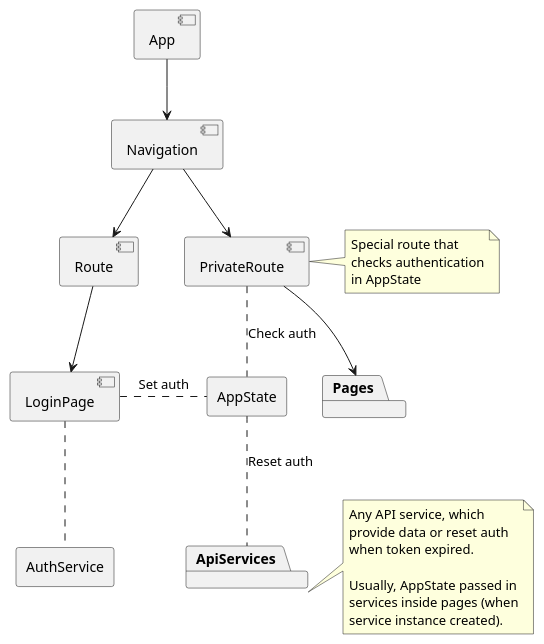
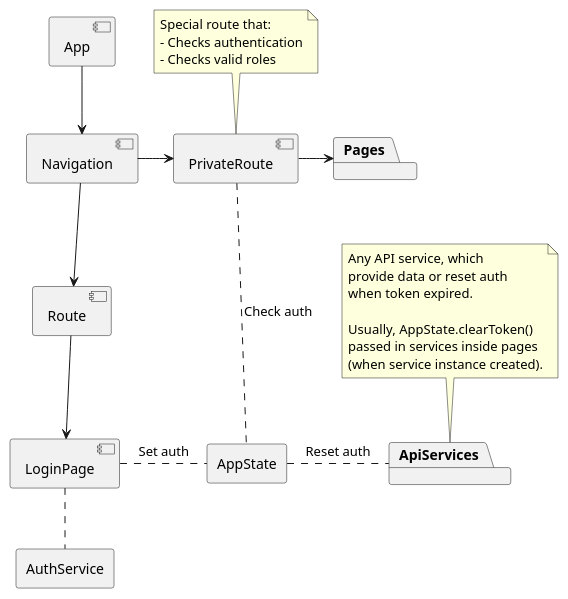
Before and after one commit to waltz-controls/pedc-view: the diagram in docs/auth_scheme.puml, drawn with PlantUML. The commit also changed 3 other files, not shown here.

```diff
--- a/docs/auth_scheme.puml
+++ b/docs/auth_scheme.puml
@@ -1,46 +1,46 @@
 @startuml
 
 component App
 
 component Navigation
 component Route
 component PrivateRoute
 
-note right
-	Special route that
-	checks authentication
-	in AppState
+note top
+	Special route that:
+	- Checks authentication
+	- Checks valid roles
 end note
 
 component LoginPage
 agent AppState
 agent AuthService
 package ApiServices
 
-note right
+note top
 	Any API service, which
 	provide data or reset auth
 	when token expired.
 
-	Usually, AppState passed in
-	services inside pages (when
-	service instance created).
+	Usually, AppState.clearToken()
+	passed in services inside pages
+	(when service instance created).
 end note
 
 package Pages
 
 App --> Navigation
 Navigation --> Route
-Navigation --> PrivateRoute
+Navigation -> PrivateRoute
 Route --> LoginPage
-PrivateRoute --> Pages
+PrivateRoute -> Pages
 
 
 LoginPage .. AuthService
 
 PrivateRoute .. AppState: Check auth
 LoginPage . AppState: Set auth
-AppState .. ApiServices: Reset auth
+AppState . ApiServices: Reset auth
 
 
 @enduml
```
